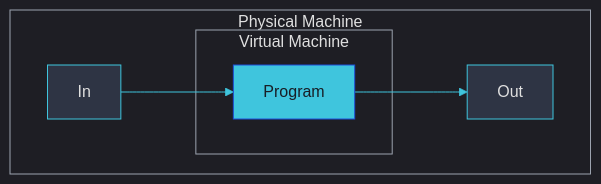
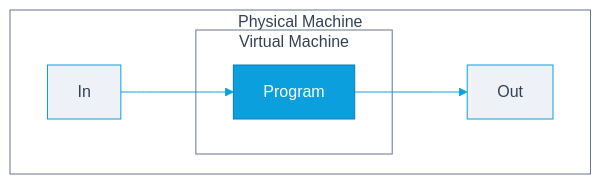
Before and after one commit to codygunton/talks-and-writing: the diagram in 2026-02-13-ethboulder/diagrams/program.mmd, drawn with Mermaid. The commit also changed 11 other files, not shown here.

```diff
--- a/2026-02-13-ethboulder/diagrams/program.mmd
+++ b/2026-02-13-ethboulder/diagrams/program.mmd
@@ -1,16 +1,16 @@
-%%{init: {"theme": "dark", "themeVariables": {"primaryColor": "#2e3444", "primaryTextColor": "#e0e0e0", "lineColor": "#3fc5dd", "secondaryColor": "#282e3e"}}}%%
+%%{init: {"theme": "default", "themeVariables": {"primaryColor": "#eef1f6", "primaryTextColor": "#334155", "lineColor": "#0c9fde", "secondaryColor": "#f5f7fa"}}}%%
 flowchart LR
-    classDef io fill:#2e3444,stroke:#3fc5dd,color:#e0e0e0
-    classDef proc fill:#3fc5dd,stroke:#1d4ed8,color:#181e26
+    classDef io fill:#eef1f6,stroke:#0c9fde,color:#334155
+    classDef proc fill:#0c9fde,stroke:#0a7bb8,color:#ffffff
 
     subgraph Physical["Physical Machine"]
         direction LR
         In:::io --> Program:::proc
         subgraph VM["Virtual Machine"]
             Program
         end
         Program --> Out:::io
     end
 
-    style Physical fill:none,stroke:#9ca3af,color:#e0e0e0
-    style VM fill:none,stroke:#9ca3af,color:#e0e0e0
+    style Physical fill:none,stroke:#64748b,color:#334155
+    style VM fill:none,stroke:#64748b,color:#334155
```
